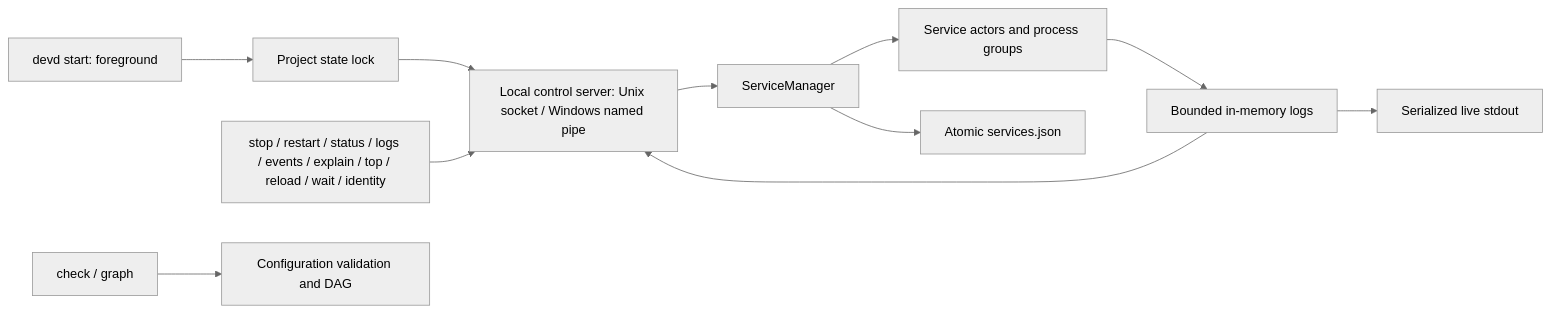
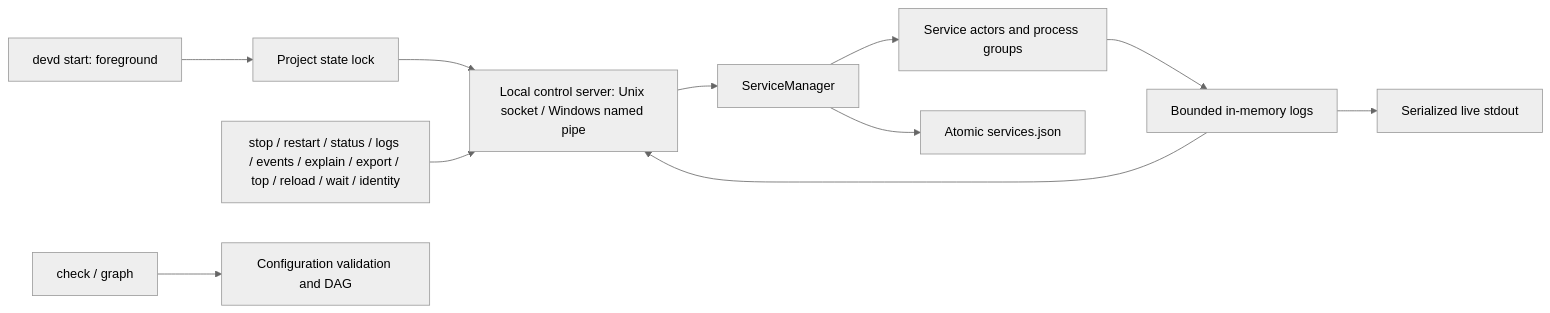
Before and after one commit to Ceng-0324/Devd: the first of 2 diagrams in ARCHITECTURE.md, drawn with Mermaid (neutral theme). The commit also changed other lines of this file and 12 other files, not shown here.

````diff
--- a/ARCHITECTURE.md
+++ b/ARCHITECTURE.md
@@ -17,13 +19,13 @@
 ```mermaid
 flowchart LR
     start[devd start: foreground] --> lock[Project state lock]
     lock --> server[Local control server: Unix socket / Windows named pipe]
     server --> manager[ServiceManager]
-    clients[stop / restart / status / logs / events / explain / top / reload / wait / identity] --> server
+    clients[stop / restart / status / logs / events / explain / export / top / reload / wait / identity] --> server
     manager --> actors[Service actors and process groups]
     actors --> logs[Bounded in-memory logs]
     logs --> terminal[Serialized live stdout]
     logs --> server
     manager --> state[Atomic services.json]
     check[check / graph] --> config[Configuration validation and DAG]
 ```
````
